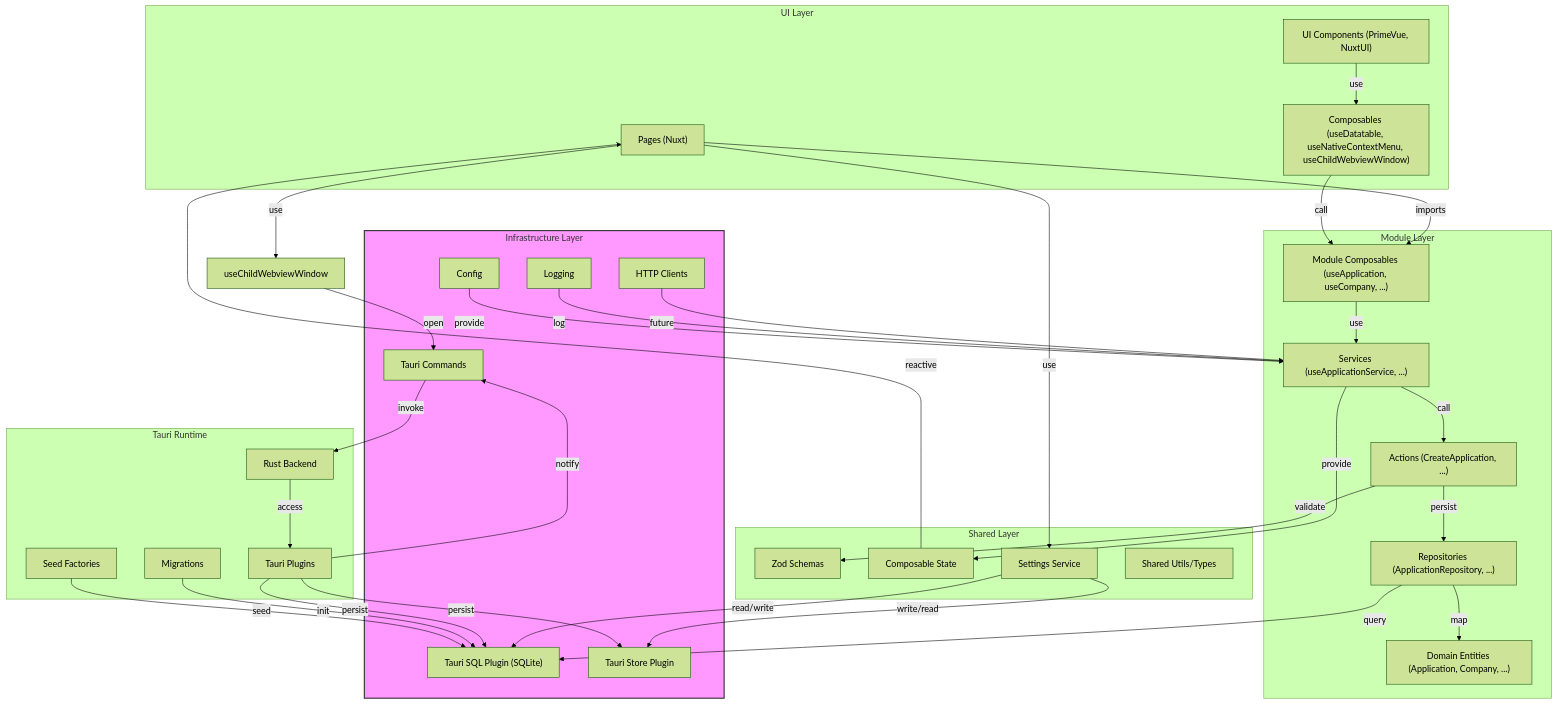
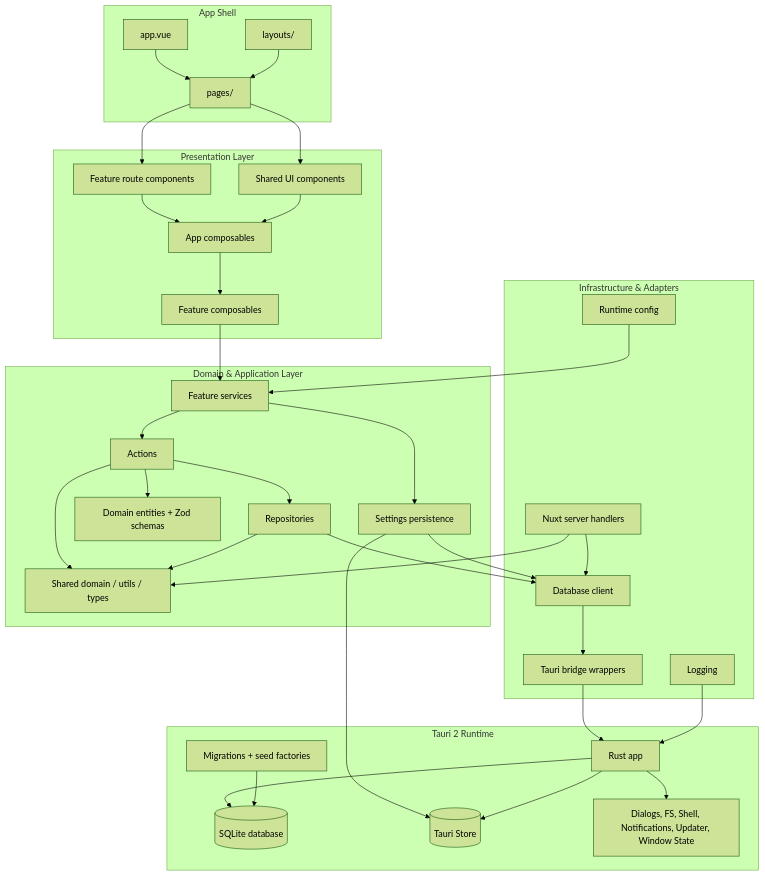
One commit to cartoonclouds/jaa-tauri changed the first of 3 diagrams in README.md. Above: the diagram before and after it, drawn with Mermaid (forest theme). The commit also changed other lines of this file and 12 other files, not shown here.

Commit message:
chore: update README files with new last updated date and add references to system architecture

````diff
--- a/README.md
+++ b/README.md
@@ -11,69 +11,68 @@
 ```mermaid
 flowchart TD
-    subgraph UI[UI Layer]
-        Pages["Pages (Nuxt)"]
-        Components["UI Components (PrimeVue, NuxtUI)"]
-        Composables["Composables (useDatatable, useNativeContextMenu, useChildWebviewWindow)"]
+    subgraph Shell["App Shell"]
+        AppVue["app.vue"]
+        Layouts["layouts/"]
+        Pages["pages/"]
     end
 
-    subgraph Module[Module Layer]
-        ModuleComposables["Module Composables (useApplication, useCompany, ...)"]
-        Services["Services (useApplicationService, ...)"]
-        Actions["Actions (CreateApplication, ...)"]
-        Repositories["Repositories (ApplicationRepository, ...)"]
-        DomainEntities["Domain Entities (Application, Company, ...)"]
+    subgraph Presentation["Presentation Layer"]
+        FeatureViews["Feature route components"]
+        SharedUI["Shared UI components"]
+        AppComposables["App composables"]
+        ModuleComposables["Feature composables"]
     end
 
-    subgraph Shared[Shared Layer]
-        ZodSchemas["Zod Schemas"]
-        ComposableState["Composable State"]
-        SettingsService["Settings Service"]
-        SharedUtils["Shared Utils/Types"]
+    subgraph Domain["Domain & Application Layer"]
+        Services["Feature services"]
+        Actions["Actions"]
+        Repositories["Repositories"]
+        Entities["Domain entities + Zod schemas"]
+        SharedCode["Shared domain / utils / types"]
+        Settings["Settings persistence"]
     end
 
-    subgraph Infra[Infrastructure Layer]
-        TauriSQL["Tauri SQL Plugin (SQLite)"]
-        TauriStore["Tauri Store Plugin"]
-        TauriCommands["Tauri Commands"]
-        HTTP["HTTP Clients"]
+    subgraph Infrastructure["Infrastructure & Adapters"]
+        NuxtServer["Nuxt server handlers"]
+        DatabaseClient["Database client"]
+        TauriBridge["Tauri bridge wrappers"]
         Logging["Logging"]
-        Config["Config"]
+        Config["Runtime config"]
     end
 
-    subgraph Tauri[Tauri Runtime]
-        RustBackend["Rust Backend"]
-        Plugins["Tauri Plugins"]
-        Migrations["Migrations"]
-        SeedFactories["Seed Factories"]
+    subgraph Runtime["Tauri 2 Runtime"]
+        RustApp["Rust app"]
+        SQLite[("SQLite database")]
+        Store[("Tauri Store")]
+        Plugins["Dialogs, FS, Shell, Notifications, Updater, Window State"]
+        Migrations["Migrations + seed factories"]
     end
 
-    Pages -->|imports| ModuleComposables
-    Components -->|use| Composables
-    Composables -->|call| ModuleComposables
-    ModuleComposables -->|use| Services
-    Services -->|call| Actions
-    Actions -->|validate| ZodSchemas
-    Actions -->|persist| Repositories
-    Repositories -->|query| TauriSQL
-    Repositories -->|map| DomainEntities
-    Services -->|provide| ComposableState
-    ComposableState -->|reactive| Pages
-    SettingsService -->|read/write| TauriSQL
-    SettingsService -->|write/read| TauriStore
-    Pages -->|use| SettingsService
-    Pages -->|use| useChildWebviewWindow
-    useChildWebviewWindow -->|open| TauriCommands
-    TauriCommands -->|invoke| RustBackend
-    RustBackend -->|access| Plugins
-    Plugins -->|persist| TauriSQL
-    Plugins -->|persist| TauriStore
-    Plugins -->|notify| TauriCommands
-    HTTP -->|future| Services
-    Logging -->|log| Services
-    Config -->|provide| Services
-    Migrations -->|init| TauriSQL
-    SeedFactories -->|seed| TauriSQL
-
-    classDef infra fill:#f9f,stroke:#333,stroke-width:2px;
-    class Infra infra;
+    AppVue --> Pages
+    Layouts --> Pages
+    Pages --> FeatureViews
+    Pages --> SharedUI
+    FeatureViews --> AppComposables
+    SharedUI --> AppComposables
+    AppComposables --> ModuleComposables
+    ModuleComposables --> Services
+    Services --> Actions
+    Actions --> Entities
+    Actions --> Repositories
+    Actions --> SharedCode
+    Repositories --> DatabaseClient
+    Repositories --> SharedCode
+    Services --> Settings
+    Settings --> DatabaseClient
+    Settings --> Store
+    DatabaseClient --> TauriBridge
+    TauriBridge --> RustApp
+    NuxtServer --> SharedCode
+    NuxtServer --> DatabaseClient
+    Config --> Services
+    Logging --> RustApp
+    RustApp --> SQLite
+    RustApp --> Store
+    RustApp --> Plugins
+    Migrations --> SQLite
 ```
````
